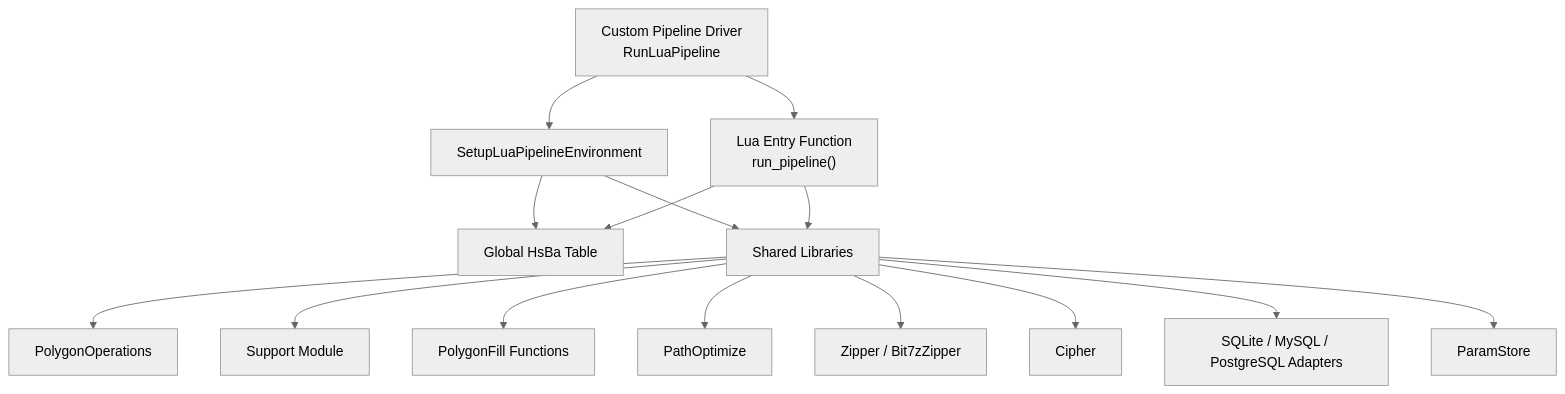
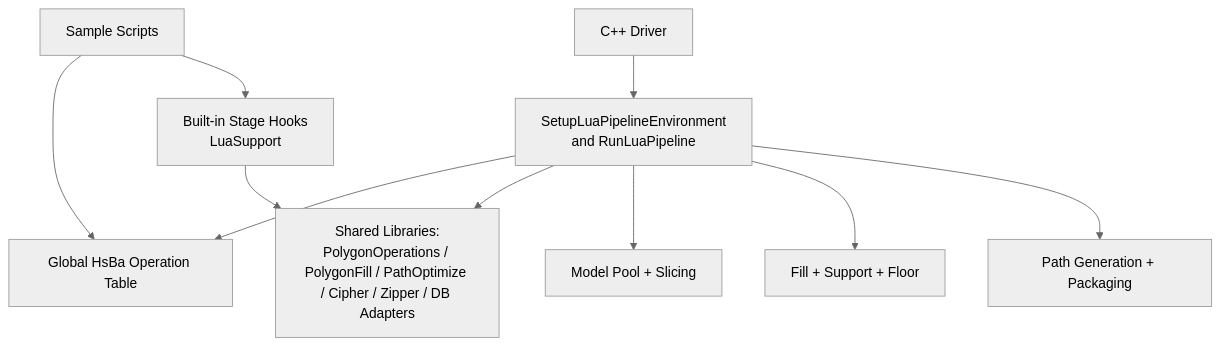
One commit to hsmbanlance/HsBaSlicer changed the first of 6 diagrams in .qoder/repowiki/en/content/Lua Scripting System/Lua Scripting System.md. Above: the diagram before and after it, drawn with Mermaid (neutral theme). The commit also changed other lines of this file and 1095 other files, not shown here.

````diff
--- a/.qoder/repowiki/en/content/Lua Scripting System/Lua Scripting System.md
+++ b/.qoder/repowiki/en/content/Lua Scripting System/Lua Scripting System.md
@@ -50,17 +46,12 @@
 ```mermaid
 graph TB
-Driver["Custom Pipeline Driver<br/>RunLuaPipeline"] --> Env["SetupLuaPipelineEnvironment"]
-Env --> HsBa["Global HsBa Table"]
-Env --> SharedLibs["Shared Libraries"]
-SharedLibs --> PolyOps["PolygonOperations"]
-SharedLibs --> SupportMod["Support Module"]
-SharedLibs --> FillMod["PolygonFill Functions"]
-SharedLibs --> PathOpt["PathOptimize"]
-SharedLibs --> Zip["Zipper / Bit7zZipper"]
-SharedLibs --> Cipher["Cipher"]
-SharedLibs --> DB["SQLite / MySQL / PostgreSQL Adapters"]
-SharedLibs --> ParamStore["ParamStore"]
-Driver --> Script["Lua Entry Function<br/>run_pipeline()"]
-Script --> HsBa
-Script --> SharedLibs
+CppDriver["C++ Driver"] --> Env["SetupLuaPipelineEnvironment<br/>and RunLuaPipeline"]
+Env --> HsBaTable["Global HsBa Operation Table"]
+Env --> SharedLibs["Shared Libraries:<br/>PolygonOperations / PolygonFill / PathOptimize / Cipher / Zipper / DB Adapters"]
+Env --> ModelSlice["Model Pool + Slicing"]
+Env --> FillSupport["Fill + Support + Floor"]
+Env --> PathExport["Path Generation + Packaging"]
+SupportStage["Built-in Stage Hooks<br/>LuaSupport"] --> SharedLibs
+Samples["Sample Scripts"] --> HsBaTable
+Samples --> SupportStage
 ```
````
